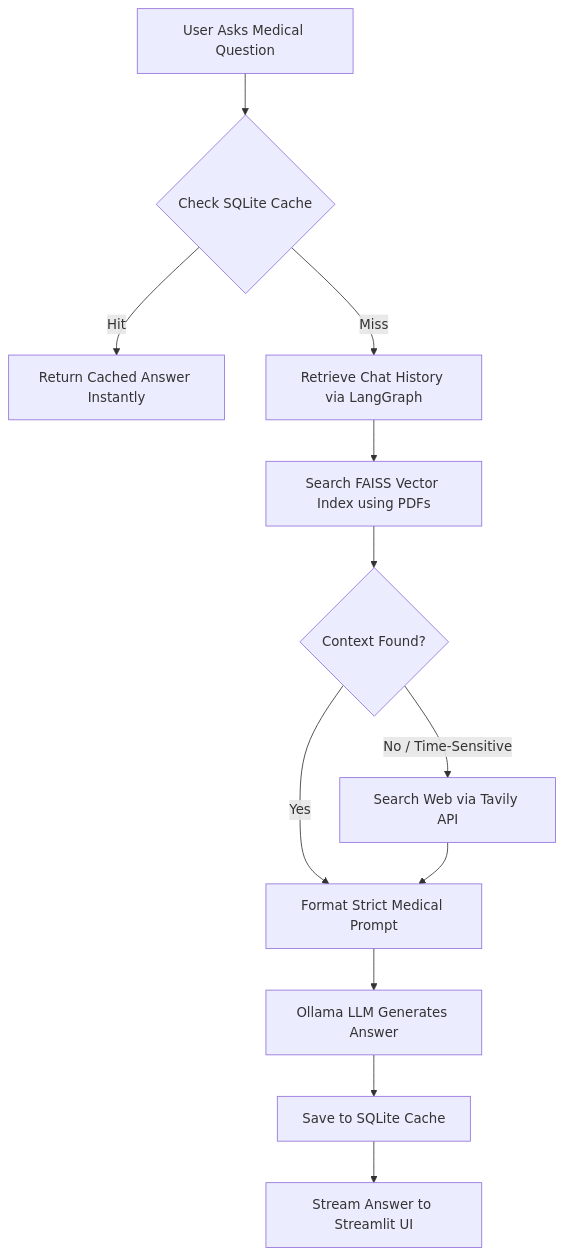
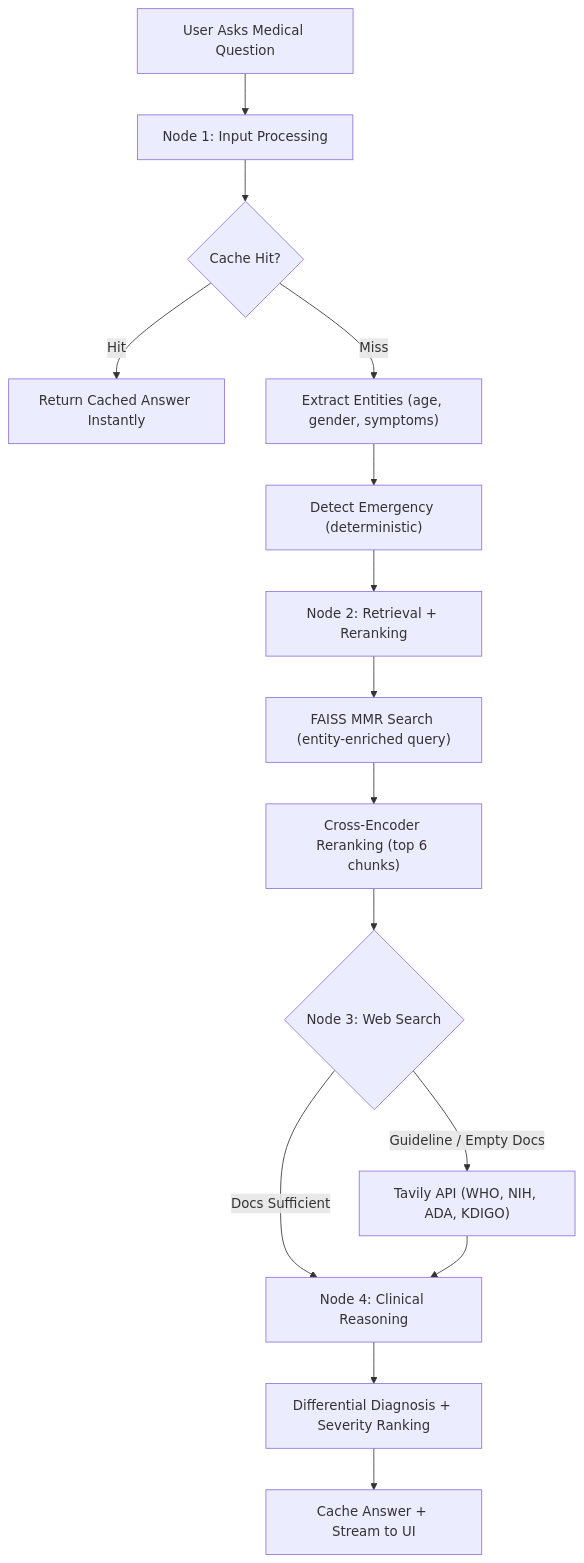
Before and after one commit to riteshpp05/MediGuide-AI: the diagram in README.md, drawn with Mermaid. The commit also changed other lines of this file and 2 other files, not shown here.

````diff
--- a/README.md
+++ b/README.md
@@ -39,14 +42,17 @@
 ```mermaid
 flowchart TD
-    A[User Asks Medical Question] --> B{Check SQLite Cache}
-    B -- Hit --> C[Return Cached Answer Instantly]
-    B -- Miss --> D[Retrieve Chat History via LangGraph]
-    D --> E[Search FAISS Vector Index using PDFs]
-    E --> F{Context Found?}
-    F -- Yes --> G[Format Strict Medical Prompt]
-    F -- No / Time-Sensitive --> H[Search Web via Tavily API]
-    H --> G
-    G --> I[Ollama LLM Generates Answer]
-    I --> J[Save to SQLite Cache]
-    J --> K[Stream Answer to Streamlit UI]
+    A["User Asks Medical Question"] --> B["Node 1: Input Processing"]
+    B --> C{"Cache Hit?"}
+    C -- "Hit" --> D["Return Cached Answer Instantly"]
+    C -- "Miss" --> E["Extract Entities (age, gender, symptoms)"]
+    E --> F["Detect Emergency (deterministic)"]
+    F --> G["Node 2: Retrieval + Reranking"]
+    G --> H["FAISS MMR Search (entity-enriched query)"]
+    H --> I["Cross-Encoder Reranking (top 6 chunks)"]
+    I --> J{"Node 3: Web Search"}
+    J -- "Guideline / Empty Docs" --> K["Tavily API (WHO, NIH, ADA, KDIGO)"]
+    J -- "Docs Sufficient" --> L["Node 4: Clinical Reasoning"]
+    K --> L
+    L --> M["Differential Diagnosis + Severity Ranking"]
+    M --> N["Cache Answer + Stream to UI"]
 ```
````
